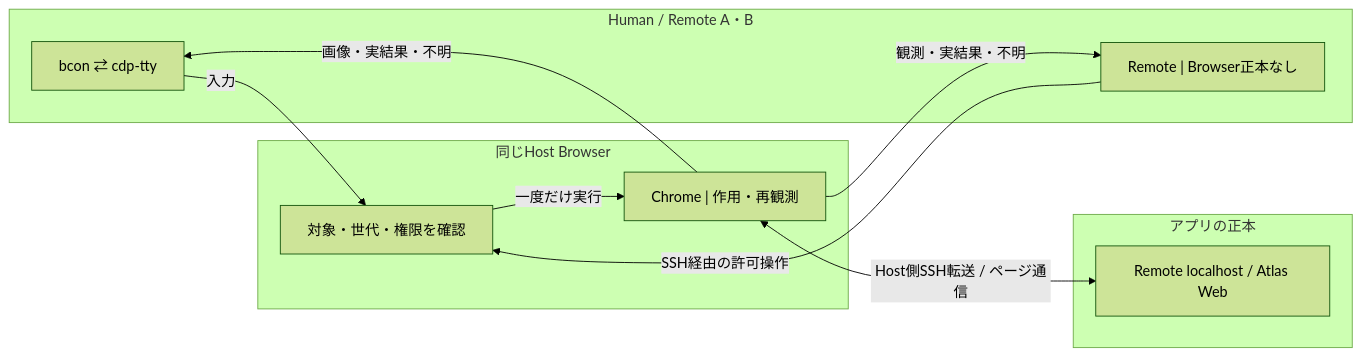
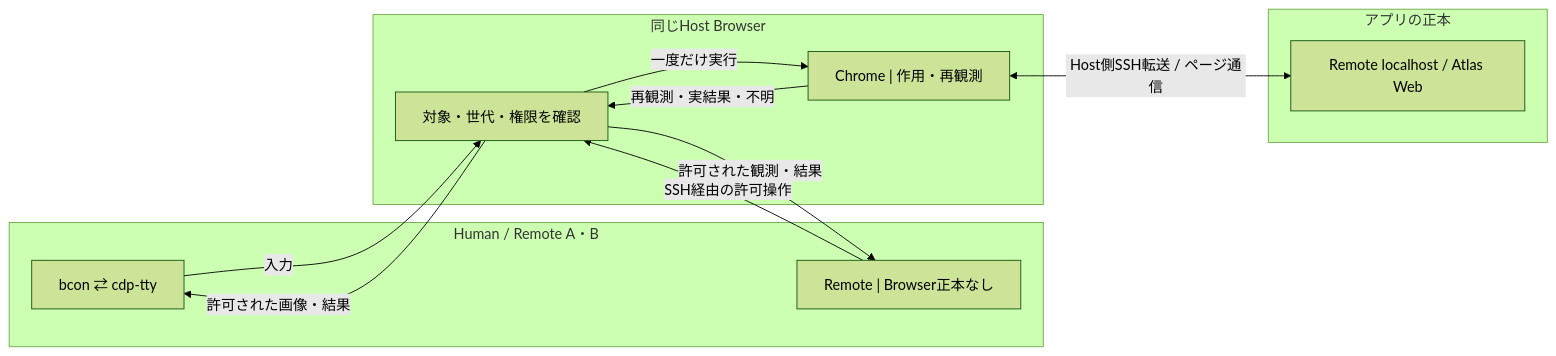
The second of 3 diagrams in docs/nixos-tty-browser-host.md (roccho-dev/resources), drawn with Mermaid (forest theme) before and after one commit. The commit also changed other lines of this file and 2 other files, not shown here.

````diff
--- a/docs/nixos-tty-browser-host.md
+++ b/docs/nixos-tty-browser-host.md
@@ -42,20 +42,21 @@
 ```mermaid
 flowchart LR
   subgraph CLIENT["Human / Remote A・B"]
     H["bcon ⇄ cdp-tty"]
     R["Remote | Browser正本なし"]
   end
   subgraph HOST["同じHost Browser"]
     G["対象・世代・権限を確認"]
     C["Chrome | 作用・再観測"]
     H -->|"入力"| G
     R -->|"SSH経由の許可操作"| G
     G -->|"一度だけ実行"| C
-    C -->|"画像・実結果・不明"| H
-    C -->|"観測・実結果・不明"| R
+    C -->|"再観測・実結果・不明"| G
+    G -->|"許可された画像・結果"| H
+    G -->|"許可された観測・結果"| R
   end
   subgraph APP["アプリの正本"]
     D["Remote localhost / Atlas Web"]
   end
   C <-->|"Host側SSH転送 / ページ通信"| D
 ```
````
